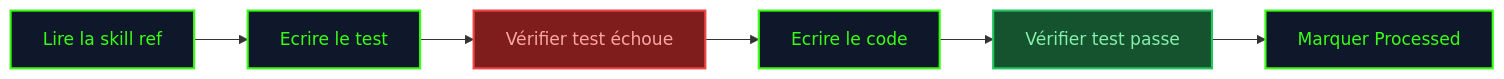
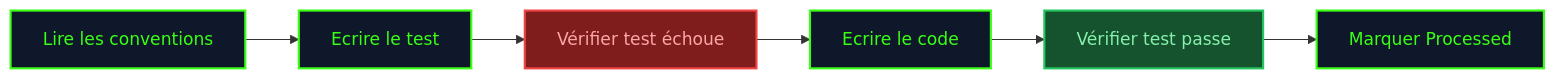
The tenth of 15 diagrams in docs/guide/methodology.md (fondative/claude-code-ecosystem), drawn with Mermaid before and after one commit. The commit also changed other lines of this file and 395 other files, not shown here.

````diff
--- a/docs/guide/methodology.md
+++ b/docs/guide/methodology.md
@@ -467,19 +584,19 @@
 ```mermaid
 graph LR
-    R["Lire la skill ref"]
+    R["Lire les conventions"]
     T["Ecrire le test"]
     F["Vérifier test échoue"]
     I["Ecrire le code"]
     P["Vérifier test passe"]
     M["Marquer Processed"]
 
     R --> T --> F --> I --> P --> M
 
     classDef step fill:#0f172a,stroke:#39ff14,stroke-width:2px,color:#39ff14
     classDef fail fill:#7f1d1d,stroke:#ef4444,stroke-width:2px,color:#fca5a5
     classDef pass fill:#14532d,stroke:#22c55e,stroke-width:2px,color:#86efac
 
     class R,T,I,M step
     class F fail
     class P pass
 ```
````
